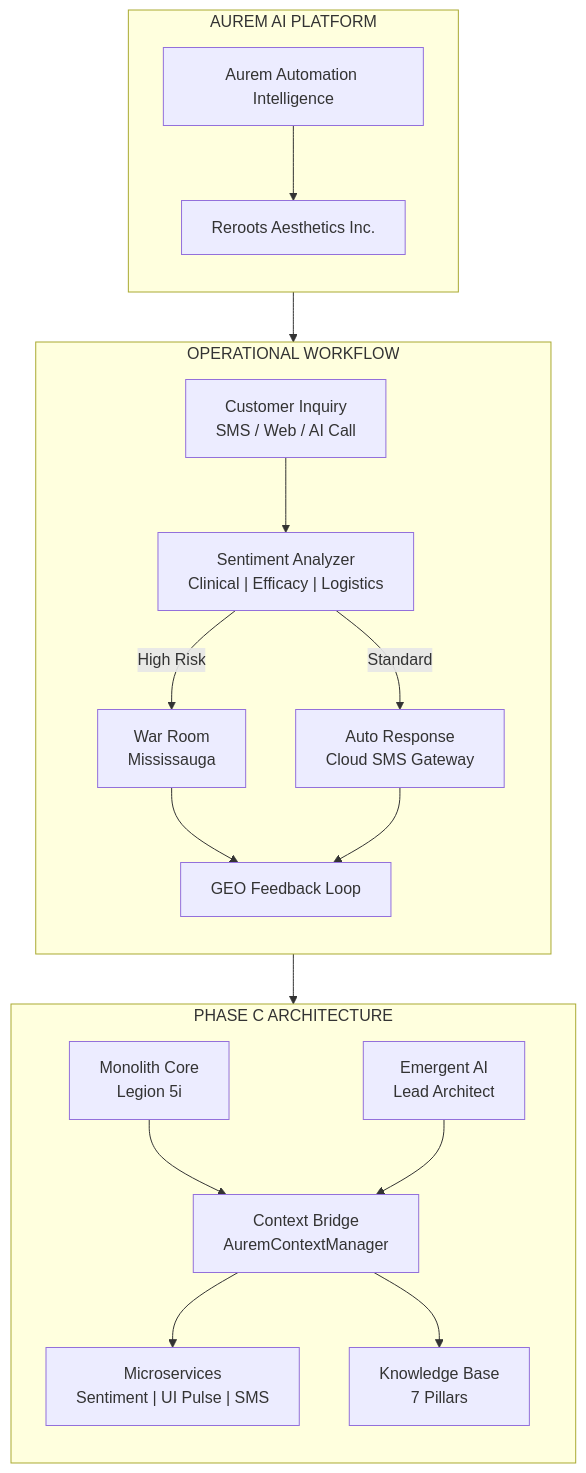
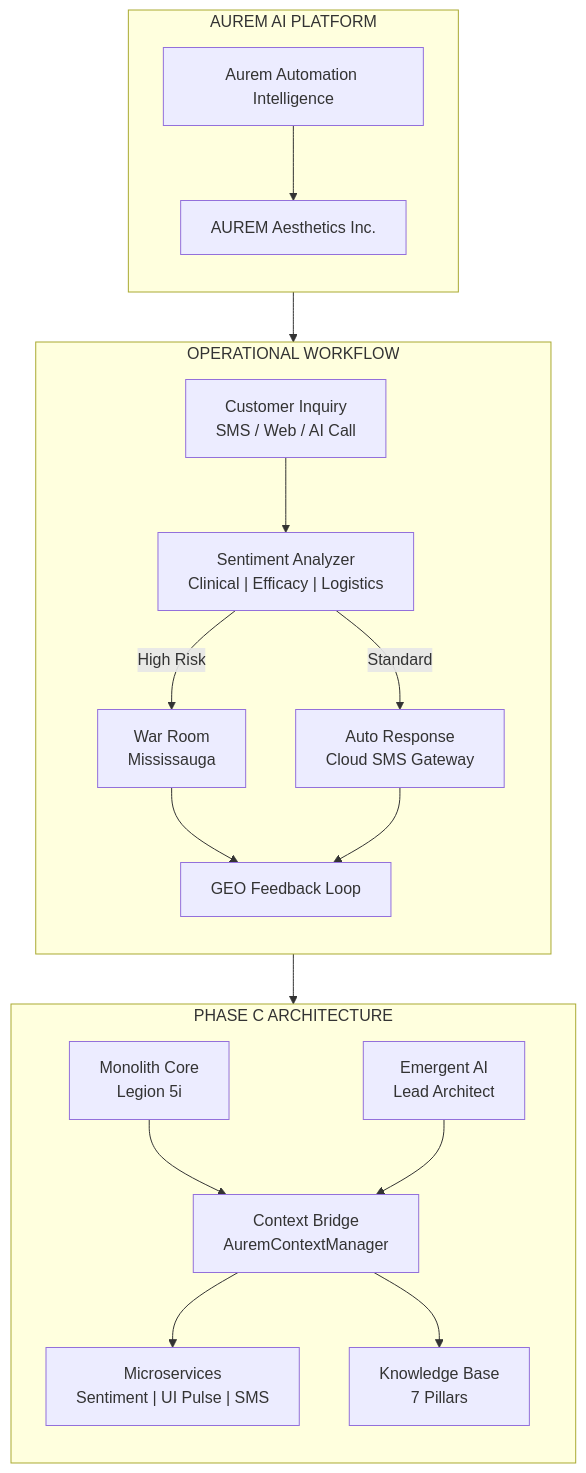
Before and after one commit to TJSNDHU/Aurem: the diagram in memory/aurem_full_business_structure.md, drawn with Mermaid. The commit also changed other lines of this file and 357 other files, not shown here.

````diff
--- a/memory/aurem_full_business_structure.md
+++ b/memory/aurem_full_business_structure.md
@@ -38,39 +38,39 @@
 ```mermaid
 graph TB
     subgraph Corporate["AUREM AI PLATFORM"]
         direction TB
         AUR["Aurem Automation Intelligence"]
-        RR["Reroots Aesthetics Inc."]
+        RR["AUREM Aesthetics Inc."]
         AUR --> RR
     end
 
     subgraph Operations["OPERATIONAL WORKFLOW"]
         direction TB
         ING["Customer Inquiry<br/>SMS / Web / AI Call"]
         SENT["Sentiment Analyzer<br/>Clinical | Efficacy | Logistics"]
         WAR["War Room<br/>Mississauga"]
         AUTO["Auto Response<br/>Cloud SMS Gateway"]
         GEO["GEO Feedback Loop"]
         ING --> SENT
         SENT -->|High Risk| WAR
         SENT -->|Standard| AUTO
         WAR --> GEO
         AUTO --> GEO
     end
 
     subgraph Technical["PHASE C ARCHITECTURE"]
         direction TB
         MONO["Monolith Core<br/>Legion 5i"]
         EMG["Emergent AI<br/>Lead Architect"]
         CTX["Context Bridge<br/>AuremContextManager"]
         MS["Microservices<br/>Sentiment | UI Pulse | SMS"]
         KB["Knowledge Base<br/>7 Pillars"]
         MONO --> CTX
         EMG --> CTX
         CTX --> MS
         CTX --> KB
     end
 
     Corporate --> Operations
     Operations --> Technical
 ```
````
